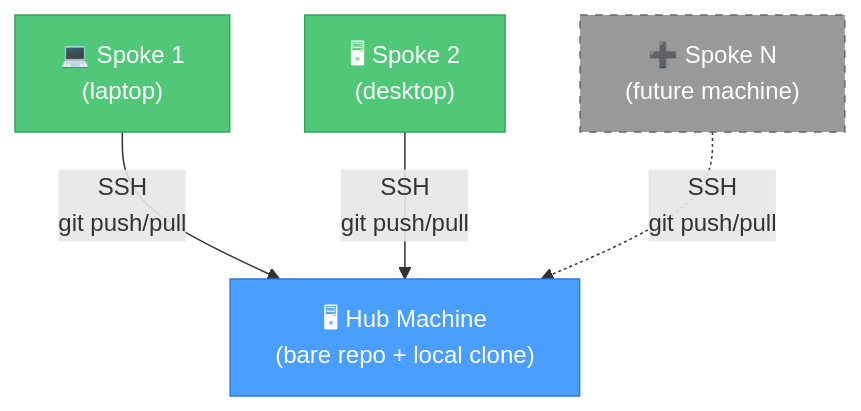
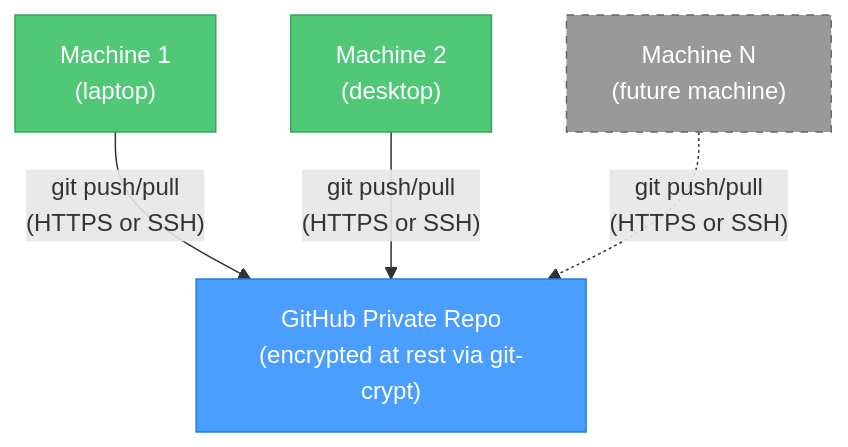
Before and after one commit to KerberosClaw/kc_claude_memory_sync: the diagram in README.md, drawn with Mermaid. The commit also changed other lines of this file and 10 other files, not shown here.

Commit message:
Refactor: migrate from SSH hub-spoke to GitHub private repo + git-crypt

````diff
--- a/README.md
+++ b/README.md
@@ -26,16 +26,16 @@
 ```mermaid
 graph TD
-    Hub["🖥 Hub Machine<br/>(bare repo + local clone)"]
-    S1["💻 Spoke 1<br/>(laptop)"]
-    S2["🖥 Spoke 2<br/>(desktop)"]
-    SN["➕ Spoke N<br/>(future machine)"]
+    GH["GitHub Private Repo<br/>(encrypted at rest via git-crypt)"]
+    M1["Machine 1<br/>(laptop)"]
+    M2["Machine 2<br/>(desktop)"]
+    MN["Machine N<br/>(future machine)"]
 
-    S1 -- "SSH<br/>git push/pull" --> Hub
-    S2 -- "SSH<br/>git push/pull" --> Hub
-    SN -. "SSH<br/>git push/pull" .-> Hub
+    M1 -- "git push/pull<br/>(HTTPS or SSH)" --> GH
+    M2 -- "git push/pull<br/>(HTTPS or SSH)" --> GH
+    MN -. "git push/pull<br/>(HTTPS or SSH)" .-> GH
 
-    style Hub fill:#4a9eff,stroke:#2d7cd6,color:#fff
-    style S1 fill:#50c878,stroke:#3aa35e,color:#fff
-    style S2 fill:#50c878,stroke:#3aa35e,color:#fff
-    style SN fill:#999,stroke:#666,color:#fff,stroke-dasharray: 5 5
+    style GH fill:#4a9eff,stroke:#2d7cd6,color:#fff
+    style M1 fill:#50c878,stroke:#3aa35e,color:#fff
+    style M2 fill:#50c878,stroke:#3aa35e,color:#fff
+    style MN fill:#999,stroke:#666,color:#fff,stroke-dasharray: 5 5
 ```
````
